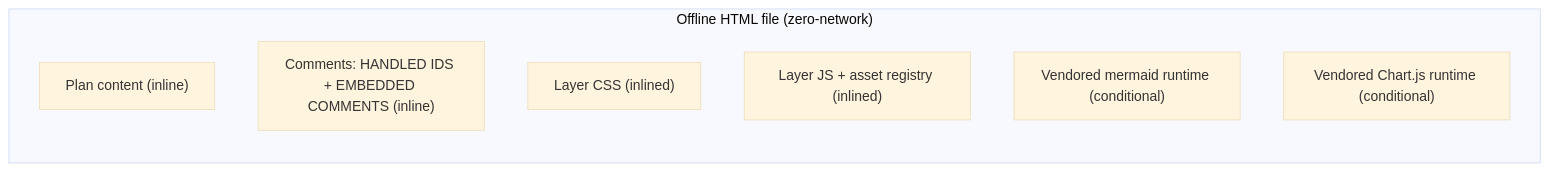
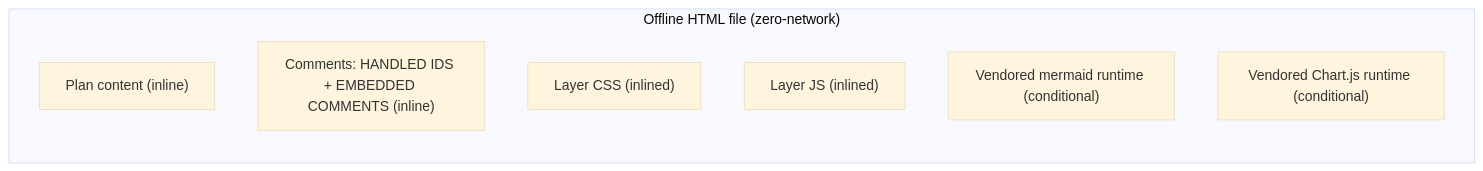
The third of 3 diagrams in plugins/commentable-html/dev/skill/references/exports.md (urikanonov/ai-marketplace), drawn with Mermaid (base theme) before and after one commit. The commit also changed other lines of this file and 26 other files, not shown here.

````diff
--- a/plugins/commentable-html/dev/skill/references/exports.md
+++ b/plugins/commentable-html/dev/skill/references/exports.md
@@ -101,11 +115,11 @@
 ```mermaid
 flowchart LR
   subgraph File["Offline HTML file (zero-network)"]
     content["Plan content (inline)"]
     comments["Comments: HANDLED IDS + EMBEDDED COMMENTS (inline)"]
     css["Layer CSS (inlined)"]
-    js["Layer JS + asset registry (inlined)"]
+    js["Layer JS (inlined)"]
     mmd["Vendored mermaid runtime (conditional)"]
     charts["Vendored Chart.js runtime (conditional)"]
   end
 ```
````
